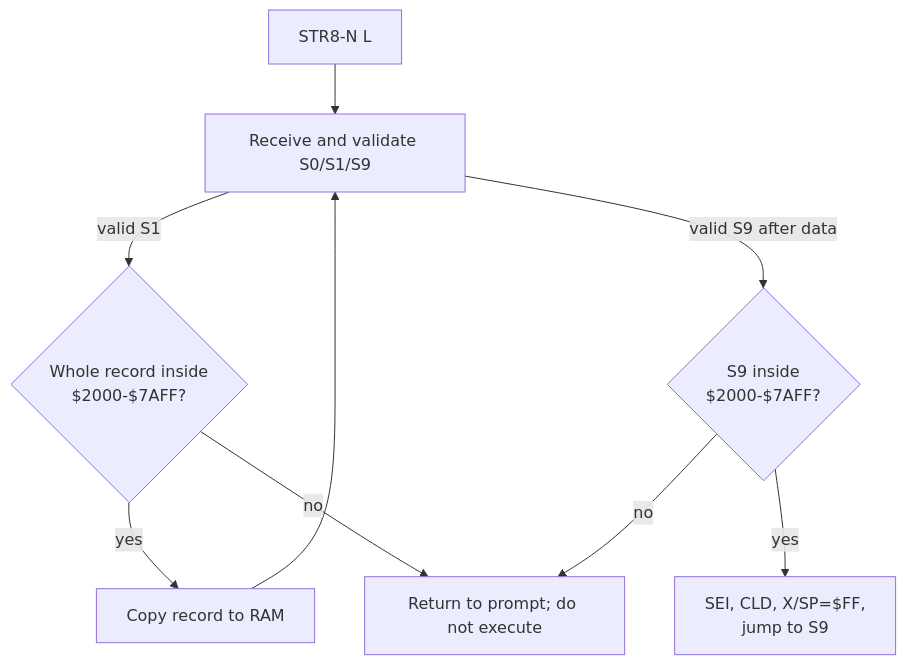
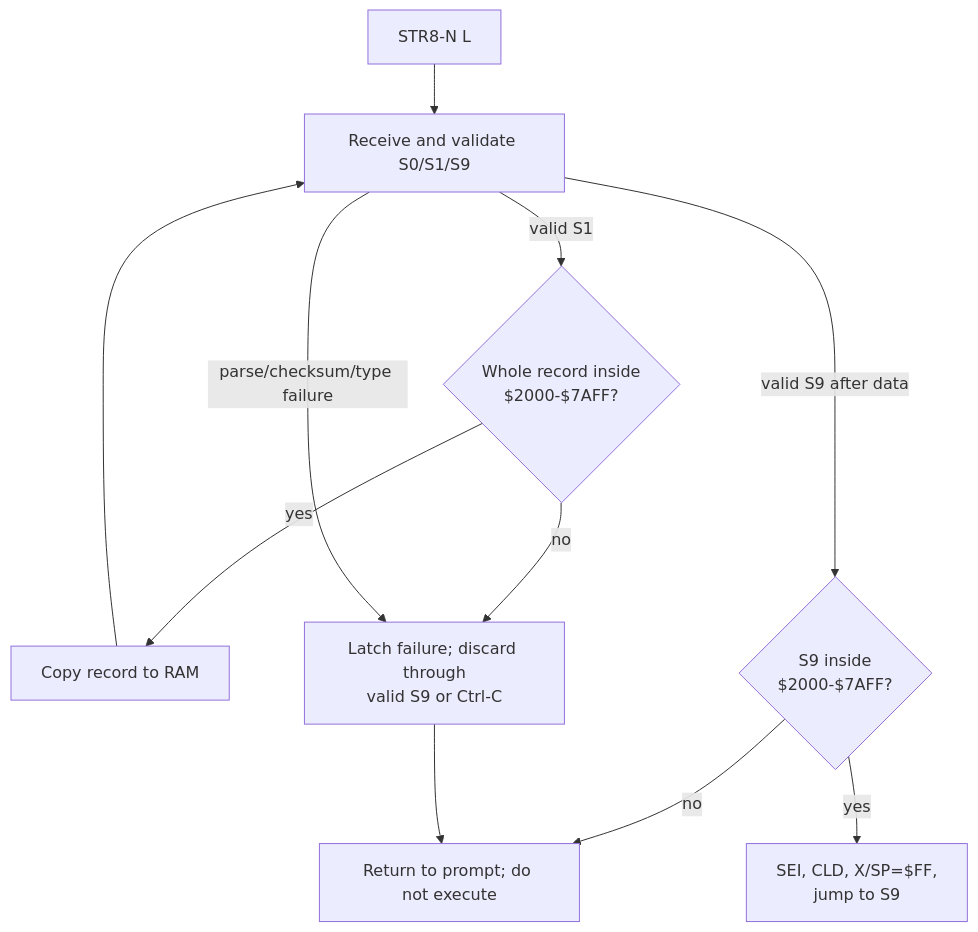
The eighth of 12 diagrams in docs/MAPS.md (95westus/STR8-N), drawn with Mermaid before and after one commit. The commit also changed other lines of this file and 5 other files, not shown here.

````diff
--- a/docs/MAPS.md
+++ b/docs/MAPS.md
@@ -219,11 +219,13 @@
 ```mermaid
 flowchart TD
     C[STR8-N L] --> P[Receive and validate S0/S1/S9]
     P -->|valid S1| R{Whole record inside<br/>$2000-$7AFF?}
     R -->|yes| M[Copy record to RAM]
-    R -->|no| F[Return to prompt; do not execute]
+    R -->|no| Q[Latch failure; discard through<br/>valid S9 or Ctrl-C]
     M --> P
     P -->|valid S9 after data| E{S9 inside<br/>$2000-$7AFF?}
-    E -->|no| F
+    P -->|parse/checksum/type failure| Q
+    E -->|no| F[Return to prompt; do not execute]
     E -->|yes| G[SEI, CLD, X/SP=$FF,<br/>jump to S9]
+    Q --> F
 ```
````
